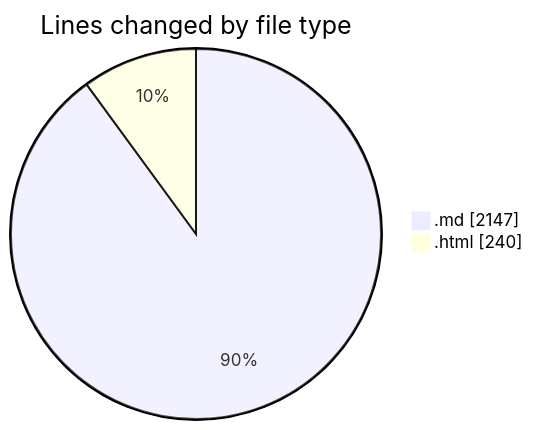
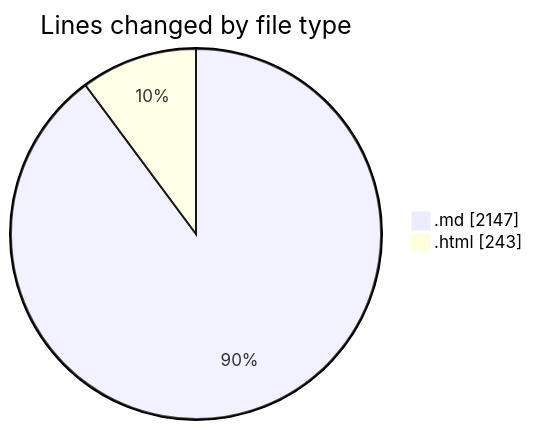
The first of 2 diagrams in 2025-07-07/urlwebwala_intership_work/README.md (Ritupan-Deka/code-tracking), drawn with Mermaid before and after one commit. The commit also changed other lines of this file and 1 other file, not shown here.

````diff
--- a/2025-07-07/urlwebwala_intership_work/README.md
+++ b/2025-07-07/urlwebwala_intership_work/README.md
@@ -25,6 +25,6 @@
 ```mermaid
 pie showData
 title Lines changed by file type
 ".md" : 2147
-".html" : 240
+".html" : 243
 ```
````
